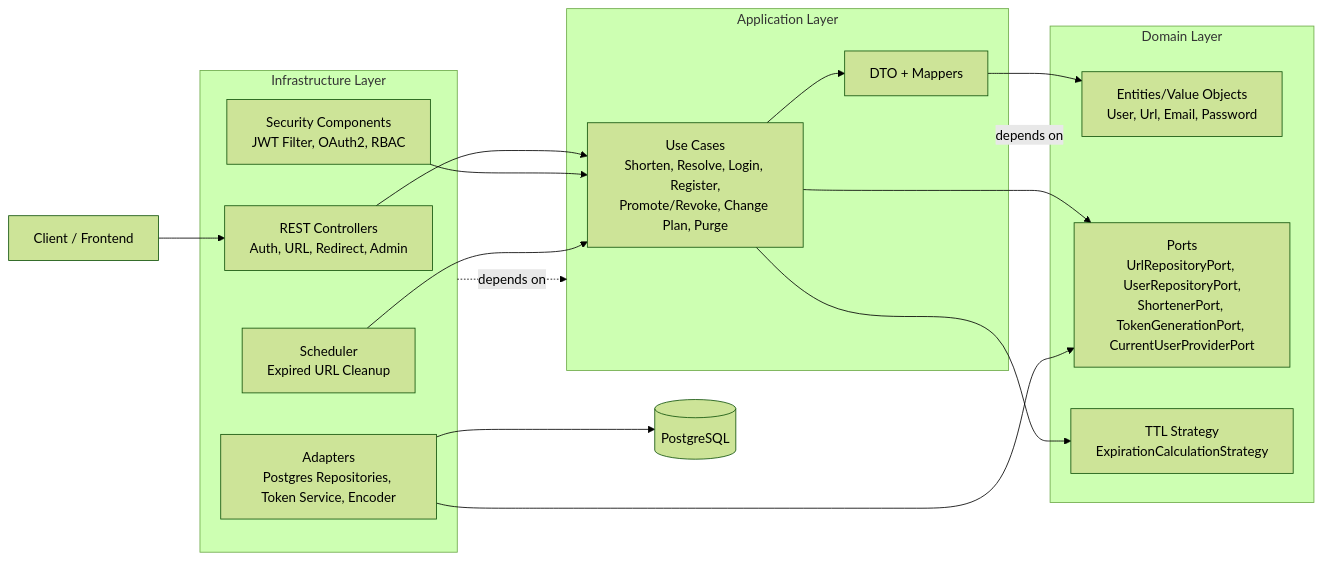
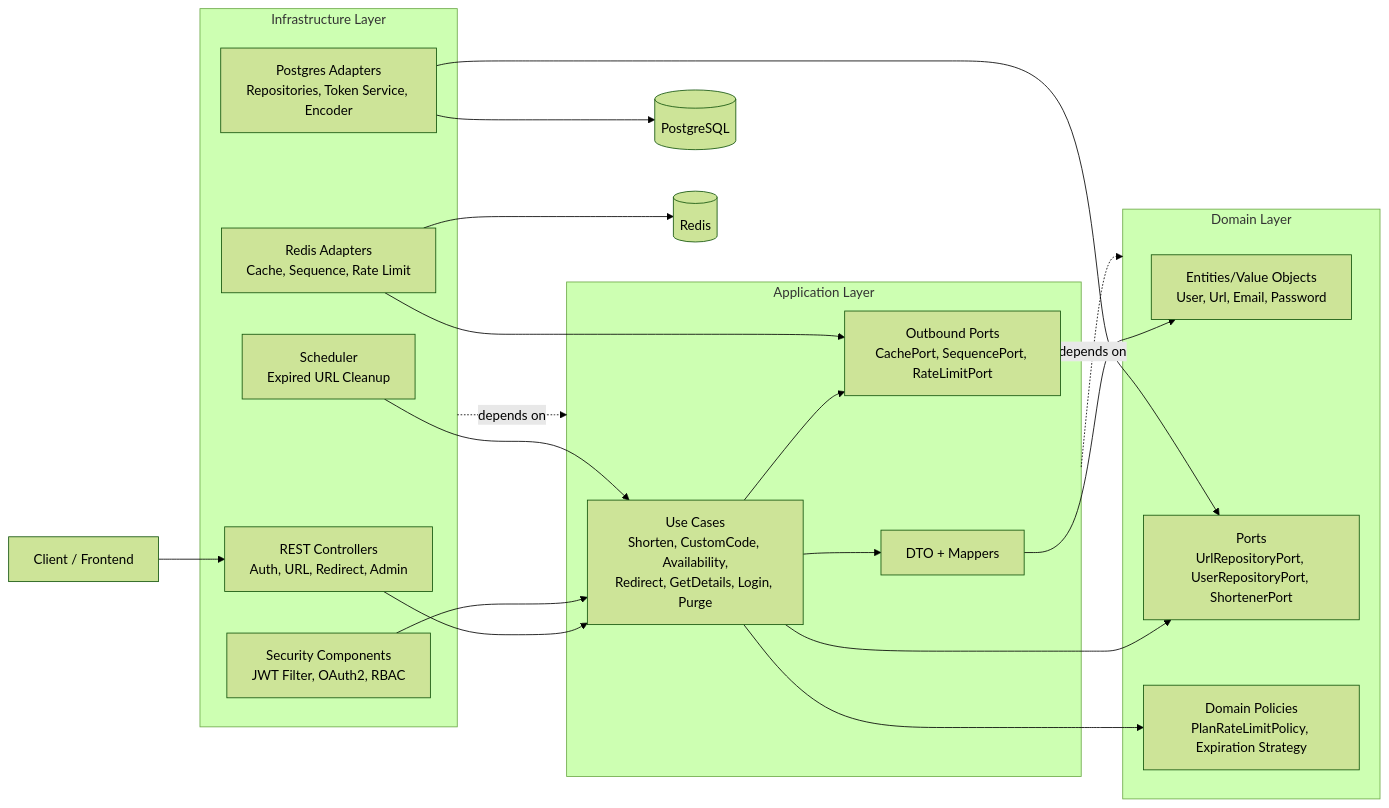
The first of 3 diagrams in README.md (PabloTzeliks/blink-link), drawn with Mermaid (forest theme) before and after one commit. The commit also changed other lines of this file, not shown here.

````diff
--- a/README.md
+++ b/README.md
@@ -35,39 +51,44 @@
 ```mermaid
 flowchart LR
     Client[Client / Frontend]
 
     subgraph Infrastructure[Infrastructure Layer]
         Controllers[REST Controllers<br/>Auth, URL, Redirect, Admin]
         Security[Security Components<br/>JWT Filter, OAuth2, RBAC]
-        Adapters[Adapters<br/>Postgres Repositories, Token Service, Encoder]
+        PgAdapters[Postgres Adapters<br/>Repositories, Token Service, Encoder]
+        RedisAdapters[Redis Adapters<br/>Cache, Sequence, Rate Limit]
         Scheduler[Scheduler<br/>Expired URL Cleanup]
     end
 
     subgraph Application[Application Layer]
-        UseCases[Use Cases<br/>Shorten, Resolve, Login, Register,<br/>Promote/Revoke, Change Plan, Purge]
+        UseCases[Use Cases<br/>Shorten, CustomCode, Availability,<br/>Redirect, GetDetails, Login, Purge]
+        OutPorts[Outbound Ports<br/>CachePort, SequencePort, RateLimitPort]
         DtoMappers[DTO + Mappers]
     end
 
     subgraph Domain[Domain Layer]
         DomainModel[Entities/Value Objects<br/>User, Url, Email, Password]
-        Ports[Ports<br/>UrlRepositoryPort, UserRepositoryPort,<br/>ShortenerPort, TokenGenerationPort, CurrentUserProviderPort]
-        Strategies[TTL Strategy<br/>ExpirationCalculationStrategy]
+        DomainPorts[Ports<br/>UrlRepositoryPort, UserRepositoryPort, ShortenerPort]
+        Policies[Domain Policies<br/>PlanRateLimitPolicy, Expiration Strategy]
     end
 
     DB[(PostgreSQL)]
+    Cache[(Redis)]
 
     Client --> Controllers
     Controllers --> UseCases
     Security --> UseCases
-    UseCases --> Ports
+    UseCases --> OutPorts
+    UseCases --> DomainPorts
+    UseCases --> Policies
     UseCases --> DtoMappers
     DtoMappers --> DomainModel
-    UseCases --> Strategies
-    Adapters --> Ports
-    Adapters --> DB
+    PgAdapters --> DomainPorts
+    PgAdapters --> DB
+    RedisAdapters --> OutPorts
+    RedisAdapters --> Cache
     Scheduler --> UseCases
 
-    %% Dependency direction (inward)
     Infrastructure -.depends on.-> Application
     Application -.depends on.-> Domain
 ```
````
